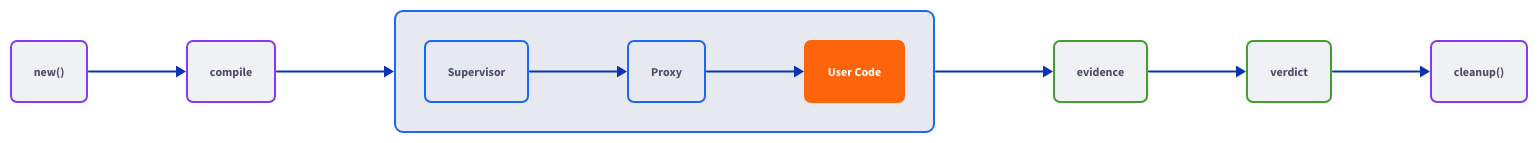
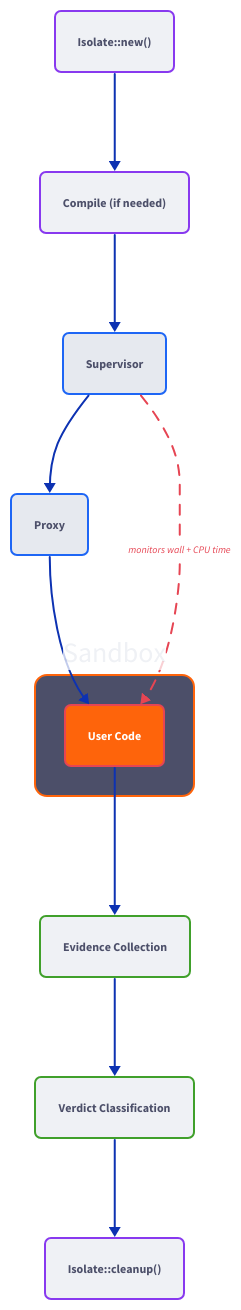
Before and after one commit to orkait/rustbox: the diagram in docs-site/src/assets/diagrams/lifecycle.d2, drawn with D2. The commit also changed 4 other files, not shown here.

First line of the commit message:
docs: restore rich lifecycle diagram, snake typestate (3 per row)

```diff
--- a/docs-site/src/assets/diagrams/lifecycle.d2
+++ b/docs-site/src/assets/diagrams/lifecycle.d2
@@ -1,85 +1,92 @@
-direction: right
+direction: down
 
 setup: {
-  label: "new()"
+  label: "Isolate::new()"
   style.fill: "#eff1f5"
   style.stroke: "#8839ef"
   style.font-color: "#4c4f69"
   style.border-radius: 6
   style.font-size: 12
 }
 
 compile: {
-  label: "compile"
+  label: "Compile (if needed)"
   style.fill: "#eff1f5"
   style.stroke: "#8839ef"
   style.font-color: "#4c4f69"
   style.border-radius: 6
   style.font-size: 12
 }
 
-supervise: {
-  label: ""
+supervisor: {
+  label: "Supervisor"
   style.fill: "#e6e9ef"
   style.stroke: "#1e66f5"
-  style.border-radius: 8
+  style.font-color: "#4c4f69"
+  style.border-radius: 6
+  style.font-size: 12
+}
 
-  supervisor: {
-    label: "Supervisor"
-    style.fill: "#e6e9ef"
-    style.stroke: "#1e66f5"
-    style.font-color: "#4c4f69"
-    style.border-radius: 6
-    style.font-size: 12
-  }
+proxy: {
+  label: "Proxy"
+  style.fill: "#e6e9ef"
+  style.stroke: "#1e66f5"
+  style.font-color: "#4c4f69"
+  style.border-radius: 6
+  style.font-size: 12
+}
 
-  proxy: {
-    label: "Proxy"
-    style.fill: "#e6e9ef"
-    style.stroke: "#1e66f5"
-    style.font-color: "#4c4f69"
-    style.border-radius: 6
-    style.font-size: 12
-  }
+sandbox: {
+  label: "Sandbox"
+  style.fill: "#4c4f69"
+  style.stroke: "#fe640b"
+  style.font-color: "#eff1f5"
+  style.border-radius: 12
 
   payload: {
     label: "User Code"
     style.fill: "#fe640b"
-    style.stroke: "#fe640b"
+    style.stroke: "#e64553"
     style.font-color: "#ffffff"
     style.border-radius: 6
     style.font-size: 12
     style.bold: true
   }
-
-  supervisor -> proxy -> payload
 }
 
 evidence: {
-  label: "evidence"
+  label: "Evidence Collection"
   style.fill: "#eff1f5"
   style.stroke: "#40a02b"
   style.font-color: "#4c4f69"
   style.border-radius: 6
   style.font-size: 12
 }
 
 verdict: {
-  label: "verdict"
+  label: "Verdict Classification"
   style.fill: "#eff1f5"
   style.stroke: "#40a02b"
   style.font-color: "#4c4f69"
   style.border-radius: 6
   style.font-size: 12
 }
 
 cleanup: {
-  label: "cleanup()"
+  label: "Isolate::cleanup()"
   style.fill: "#eff1f5"
   style.stroke: "#8839ef"
   style.font-color: "#4c4f69"
   style.border-radius: 6
   style.font-size: 12
 }
 
-setup -> compile -> supervise -> evidence -> verdict -> cleanup
+setup -> compile -> supervisor -> proxy -> sandbox.payload
+sandbox.payload -> evidence -> verdict -> cleanup
+
+supervisor -> sandbox.payload: "monitors wall + CPU time" {
+  style.stroke: "#e64553"
+  style.stroke-dash: 5
+  style.font-size: 10
+  style.font-color: "#e64553"
+}
```
